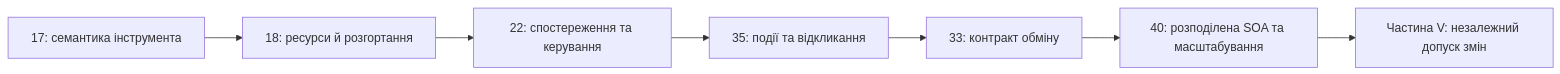
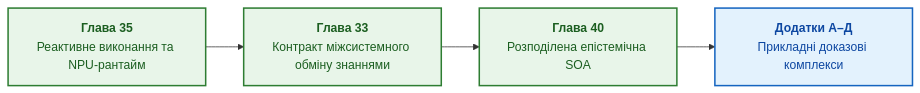
The diagram in ExpertSystem/part-07-runtime-and-knowledge-exchange.md (nick-fedchik/articles), drawn with Mermaid before and after one commit. The commit also changed other lines of this file and 4 other files, not shown here.

````diff
--- a/ExpertSystem/part-07-runtime-and-knowledge-exchange.md
+++ b/ExpertSystem/part-07-runtime-and-knowledge-exchange.md
@@ -17,11 +19,14 @@
 ```mermaid
 flowchart LR
-    accTitle: Реалізація та експлуатація експертної системи
-    accDescr: Вибір інструментів, розгортання, зворотний зв'язок, реактивний перегляд, контрольований обмін і референсна розподілена архітектура.
-    STACK["17: семантика інструмента"] --> HW["18: ресурси й розгортання"]
-    HW --> LOOP["22: спостереження та керування"]
-    LOOP --> REACT["35: події та відкликання"]
-    REACT --> EXPORT["33: контракт обміну"]
-    EXPORT --> DISTR["40: розподілена SOA та масштабування"]
-    DISTR --> REVIEW["Частина V: незалежний допуск змін"]
+    accTitle: Реактивне виконання, федерація та розподілена SOA Частини VII
+    accDescr: Подійне виконання та синергетика знань, міжсистемний обмін правилами та масштабування у розподілену епістемічну SOA.
+
+    REACT["<b>Глава 35</b><br/>Реактивне виконання та NPU-рантайм"] --> EXPORT["<b>Глава 33</b><br/>Контракт міжсистемного обміну знаннями"]
+    EXPORT --> DISTR["<b>Глава 40</b><br/>Розподілена епістемічна SOA"]
+    DISTR --> APPS["<b>Додатки А–Д</b><br/>Прикладні доказові комплекси"]
+
+    classDef nodeStyle fill:#e8f5e9,stroke:#2e7d32,stroke-width:2px,color:#1b5e20;
+    classDef appStyle fill:#e3f2fd,stroke:#1565c0,stroke-width:2px,color:#0d47a1;
+    class REACT,EXPORT,DISTR nodeStyle;
+    class APPS appStyle;
 ```
````
